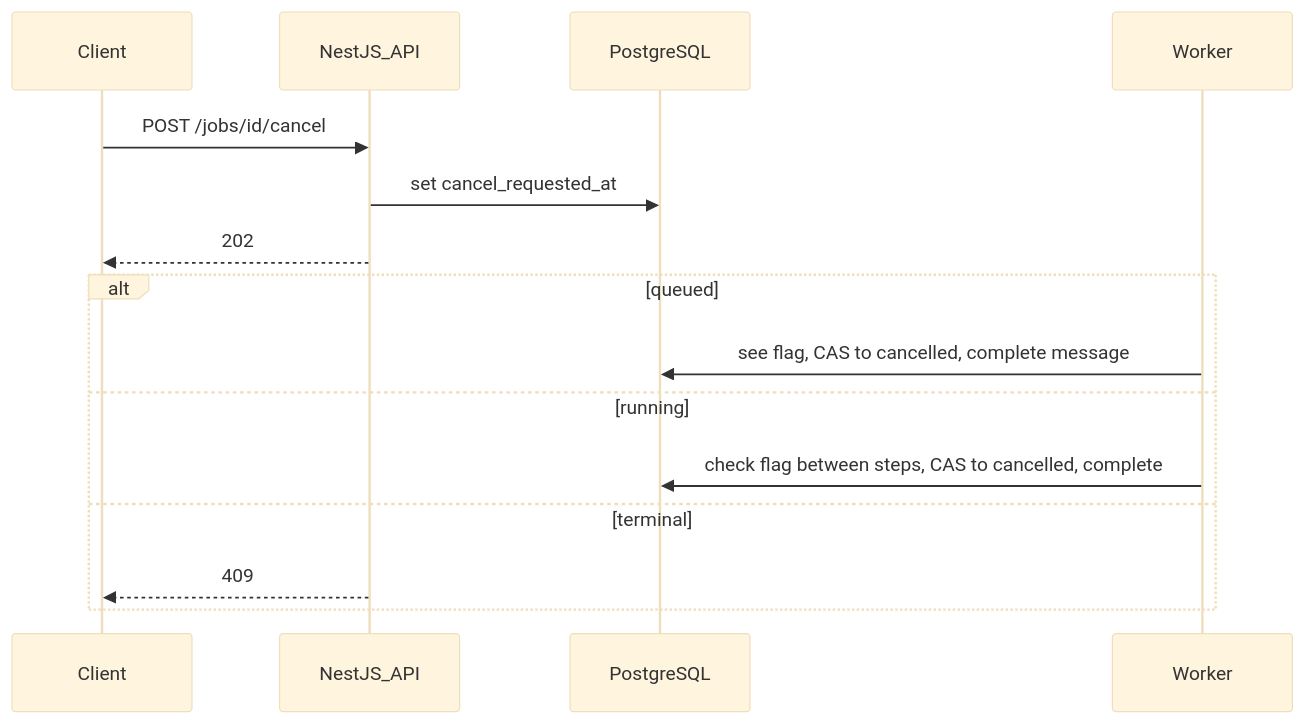
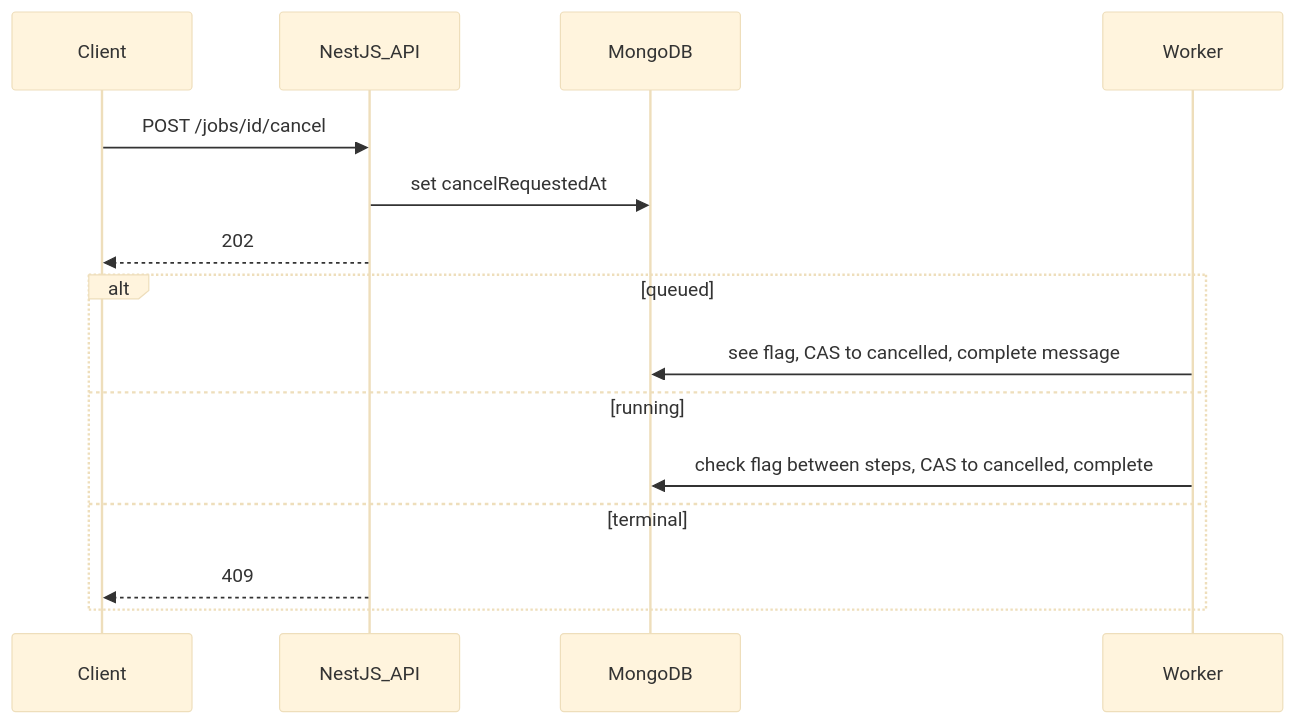
Before and after one commit to apintado11/makai-async-jobs: the third of 3 diagrams in ARCHITECTURE.md, drawn with Mermaid (base theme). The commit also changed other lines of this file and 1 other file, not shown here.

Commit message:
Use MongoDB as the job store instead of PostgreSQL.

````diff
--- a/ARCHITECTURE.md
+++ b/ARCHITECTURE.md
@@ -82,18 +84,18 @@
 ```mermaid
 sequenceDiagram
   participant C as Client
   participant API as NestJS_API
-  participant DB as PostgreSQL
+  participant DB as MongoDB
   participant W as Worker
 
   C->>API: POST /jobs/id/cancel
-  API->>DB: set cancel_requested_at
+  API->>DB: set cancelRequestedAt
   API-->>C: 202
   alt queued
     W->>DB: see flag, CAS to cancelled, complete message
   else running
     W->>DB: check flag between steps, CAS to cancelled, complete
   else terminal
     API-->>C: 409
   end
 ```
````
